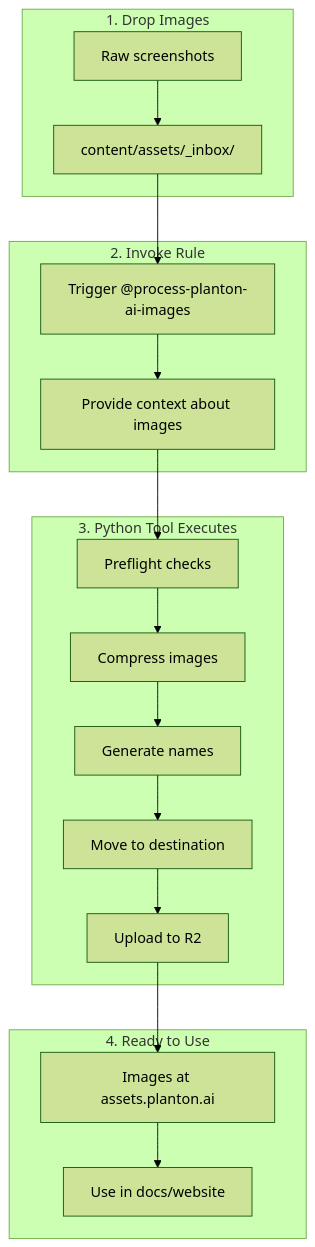
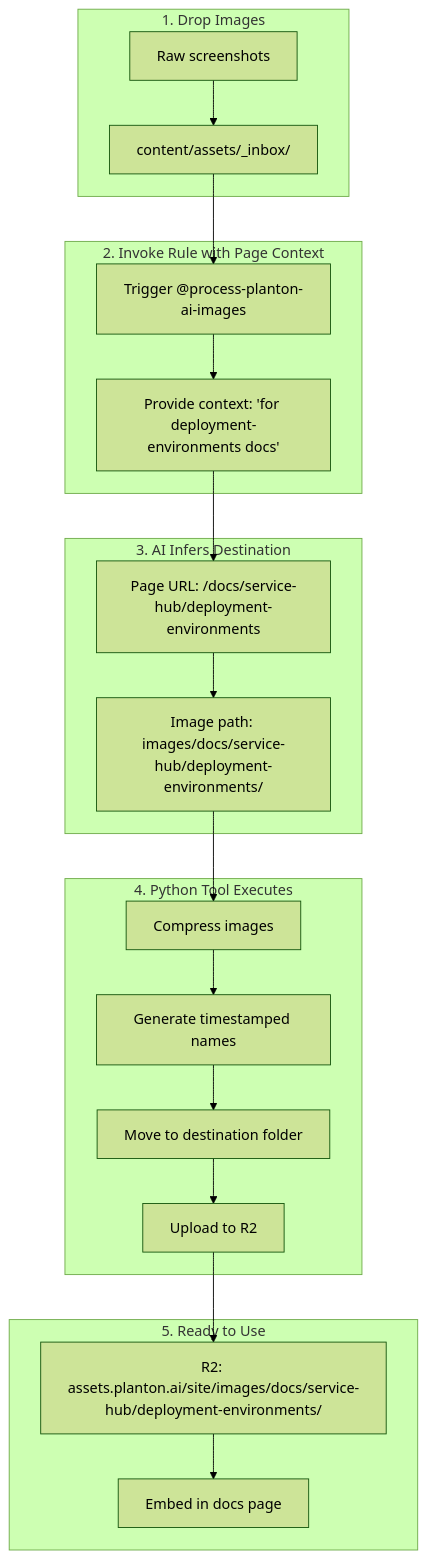
Before and after one commit to plantonhq/planton.ai: the second of 2 diagrams in content/assets/_rules/README.md, drawn with Mermaid (forest theme). The commit also changed other lines of this file and 29 other files, not shown here.

First line of the commit message:
refactor(assets): reorganize images to mirror website URL structure

````diff
--- a/content/assets/_rules/README.md
+++ b/content/assets/_rules/README.md
@@ -17,24 +85,28 @@
 ```mermaid
 flowchart TD
     subgraph inbox [1. Drop Images]
         A[Raw screenshots] --> B[content/assets/_inbox/]
     end
     
-    subgraph trigger [2. Invoke Rule]
+    subgraph trigger [2. Invoke Rule with Page Context]
         B --> C[Trigger @process-planton-ai-images]
-        C --> D[Provide context about images]
+        C --> D["Provide context: 'for deployment-environments docs'"]
     end
     
-    subgraph process [3. Python Tool Executes]
-        D --> E[Preflight checks]
-        E --> F[Compress images]
-        F --> G[Generate names]
-        G --> H[Move to destination]
-        H --> I[Upload to R2]
+    subgraph infer [3. AI Infers Destination]
+        D --> E["Page URL: /docs/service-hub/deployment-environments"]
+        E --> F["Image path: images/docs/service-hub/deployment-environments/"]
     end
     
-    subgraph result [4. Ready to Use]
-        I --> J[Images at assets.planton.ai]
-        J --> K[Use in docs/website]
+    subgraph process [4. Python Tool Executes]
+        F --> G[Compress images]
+        G --> H[Generate timestamped names]
+        H --> I[Move to destination folder]
+        I --> J[Upload to R2]
+    end
+    
+    subgraph result [5. Ready to Use]
+        J --> K["R2: assets.planton.ai/site/images/docs/service-hub/deployment-environments/"]
+        K --> L[Embed in docs page]
     end
 ```
````
